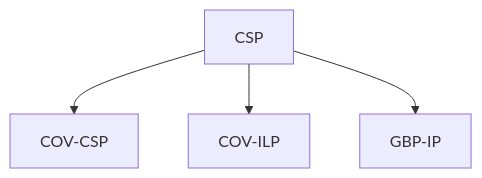
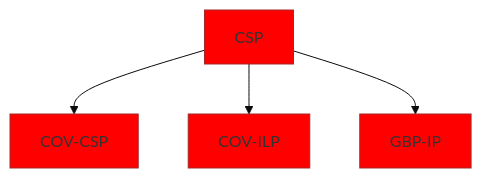
One commit to NodesOnFire/GBP-MPs changed the diagram in README.md. Above: the diagram before and after it, drawn with Mermaid.

````diff
--- a/README.md
+++ b/README.md
@@ -4,6 +4,7 @@
 ```mermaid
+%%{init: {"theme": "base", "themeVariables": {"primaryColor": "#FF0000", "nodeBorderColor": "#0000FF"}}}%%
 graph TD;
     CSP-->COV-CSP;
     CSP-->COV-ILP;
     CSP-->GBP-IP;
 ```
````
